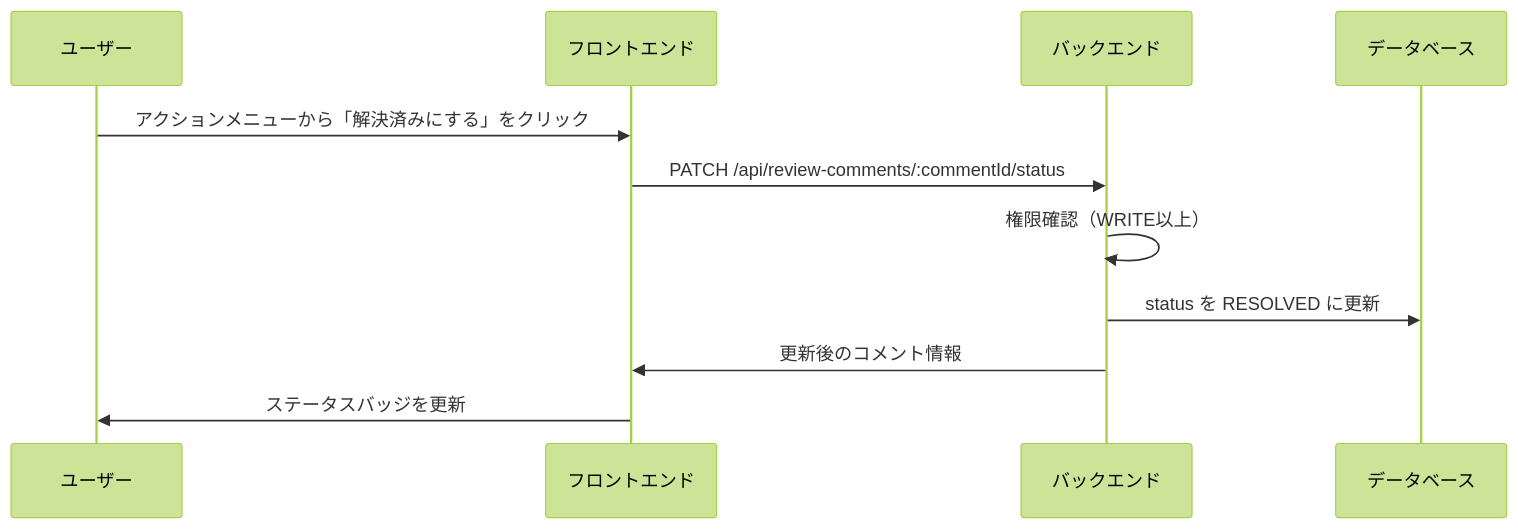
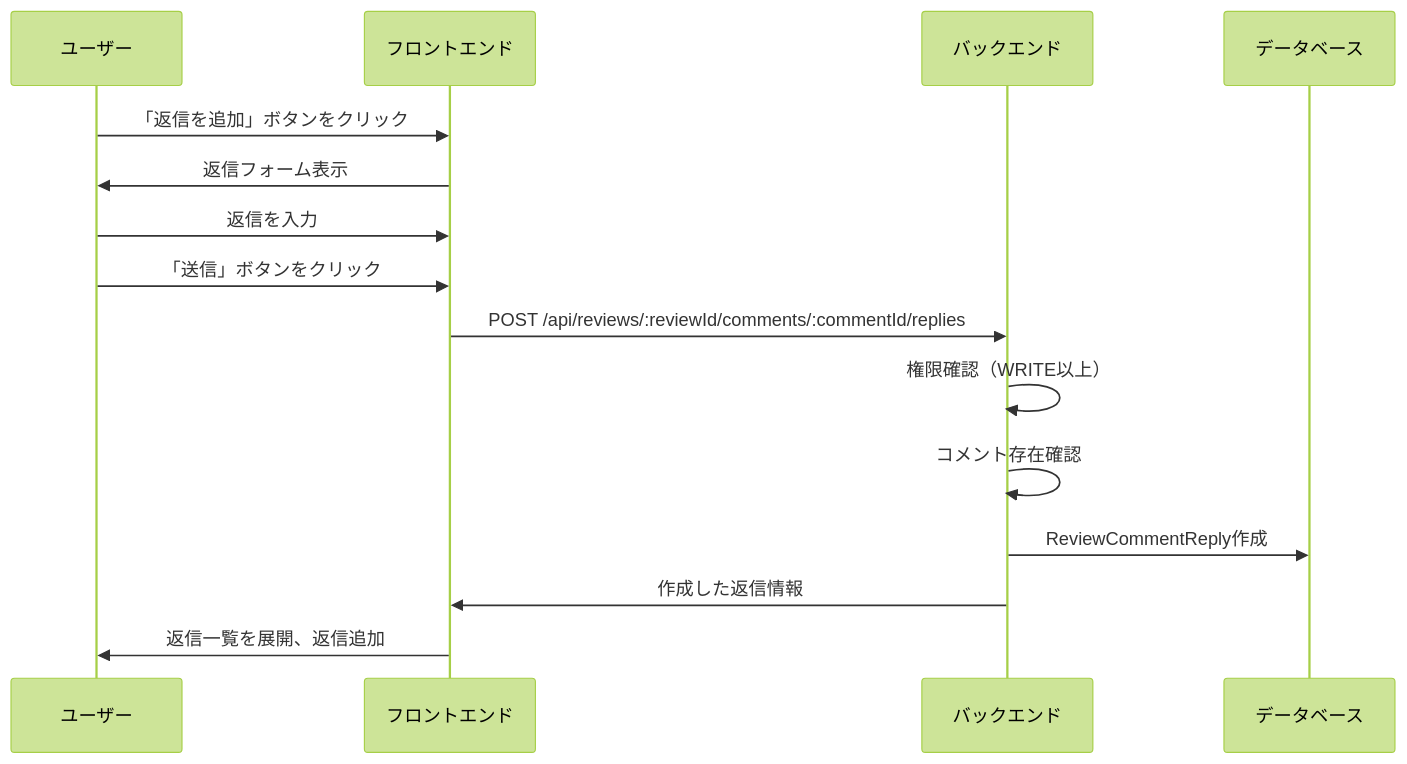
The fourth of 7 diagrams in docs/architecture/features/review-comment.md (tsutsumi389/agentest), drawn with Mermaid (forest theme) before and after one commit. The commit also changed other lines of this file and 1 other file, not shown here.

First line of the commit message:
feat: Implement review feature with session-based commenting system

````diff
--- a/docs/architecture/features/review-comment.md
+++ b/docs/architecture/features/review-comment.md
@@ -172,14 +282,18 @@
 ```mermaid
 sequenceDiagram
     participant U as ユーザー
     participant F as フロントエンド
     participant B as バックエンド
     participant DB as データベース
 
-    U->>F: アクションメニューから「解決済みにする」をクリック
-    F->>B: PATCH /api/review-comments/:commentId/status
+    U->>F: 「返信を追加」ボタンをクリック
+    F->>U: 返信フォーム表示
+    U->>F: 返信を入力
+    U->>F: 「送信」ボタンをクリック
+    F->>B: POST /api/reviews/:reviewId/comments/:commentId/replies
     B->>B: 権限確認（WRITE以上）
-    B->>DB: status を RESOLVED に更新
-    B->>F: 更新後のコメント情報
-    F->>U: ステータスバッジを更新
+    B->>B: コメント存在確認
+    B->>DB: ReviewCommentReply作成
+    B->>F: 作成した返信情報
+    F->>U: 返信一覧を展開、返信追加
 ```
````
